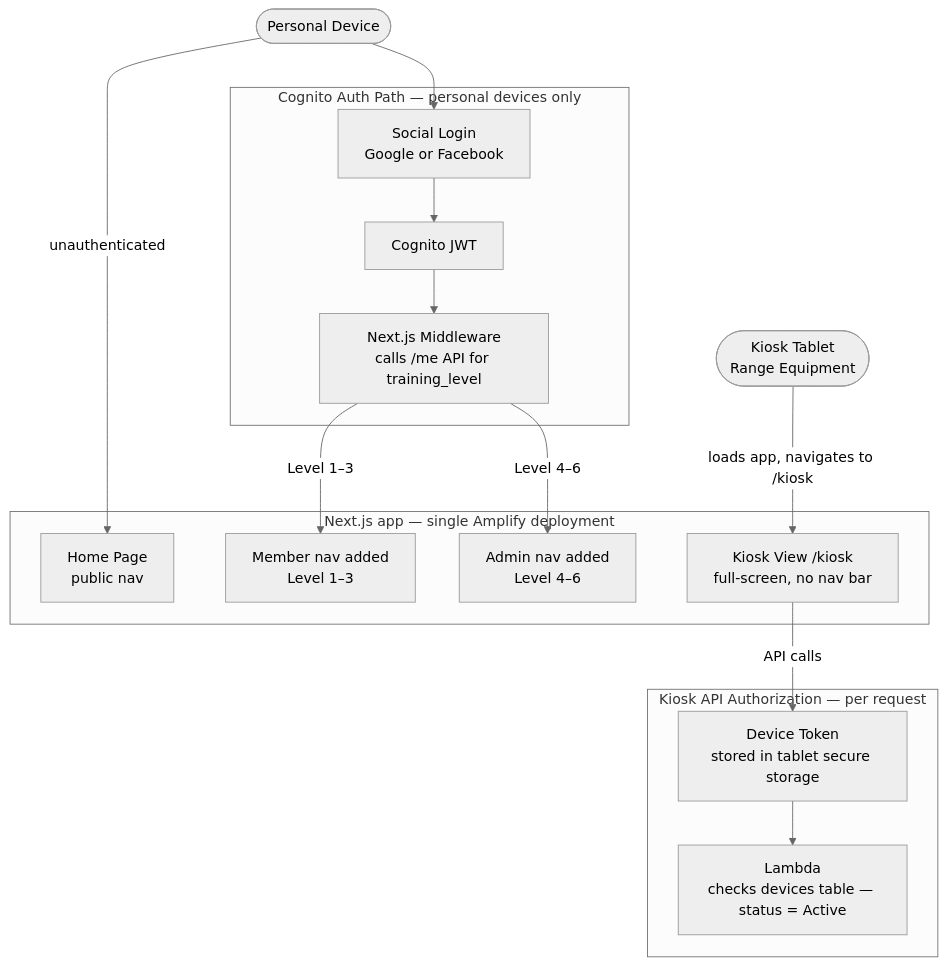
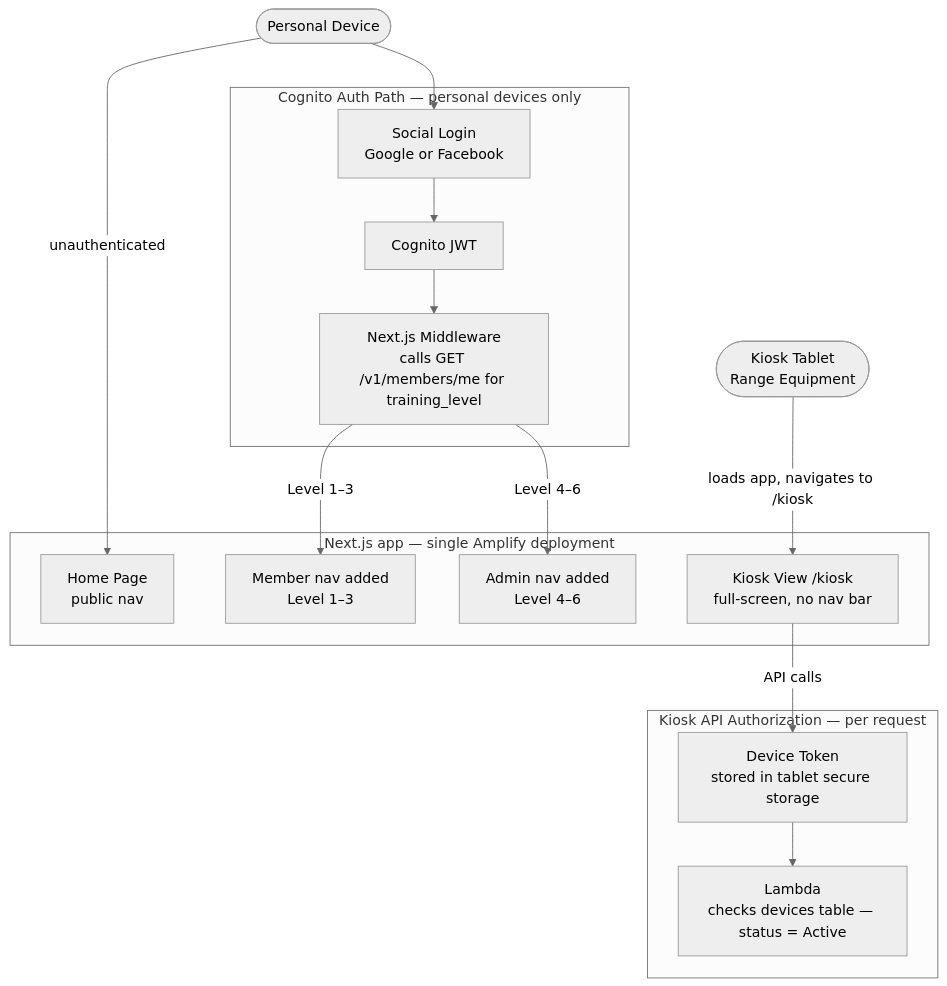
Before and after one commit to vrwmiller/outdoorsportsclub: the second of 2 diagrams in docs/architecture.md, drawn with Mermaid (neutral theme). The commit also changed other lines of this file and 1 other file, not shown here.

Commit message:
fix: use canonical GET /v1/members/me path in diagram, bold service names per docs convention

````diff
--- a/docs/architecture.md
+++ b/docs/architecture.md
@@ -89,30 +89,30 @@
 ```mermaid
 flowchart TD
     PD([Personal Device])
     KT([Kiosk Tablet<br/>Range Equipment])
 
     subgraph WEB_AUTH[Cognito Auth Path — personal devices only]
         SOCIAL[Social Login<br/>Google or Facebook]
         JWT[Cognito JWT]
-        MW[Next.js Middleware<br/>calls /me API for training_level]
+        MW[Next.js Middleware<br/>calls GET /v1/members/me for training_level]
     end
 
     subgraph KIOSK_AUTH[Kiosk API Authorization — per request]
         DEVTOKEN[Device Token<br/>stored in tablet secure storage]
         DEVCHECK[Lambda<br/>checks devices table — status = Active]
     end
 
     subgraph APP[Next.js app — single Amplify deployment]
         PUB[Home Page<br/>public nav]
         NAV_M[Member nav added<br/>Level 1–3]
         NAV_A[Admin nav added<br/>Level 4–6]
         KV[Kiosk View /kiosk<br/>full-screen, no nav bar]
     end
 
     PD -->|unauthenticated| PUB
     PD --> SOCIAL --> JWT --> MW
     MW -->|Level 1–3| NAV_M
     MW -->|Level 4–6| NAV_A
     KT -->|loads app, navigates to /kiosk| KV
     KV -->|API calls| DEVTOKEN --> DEVCHECK
 ```
````
